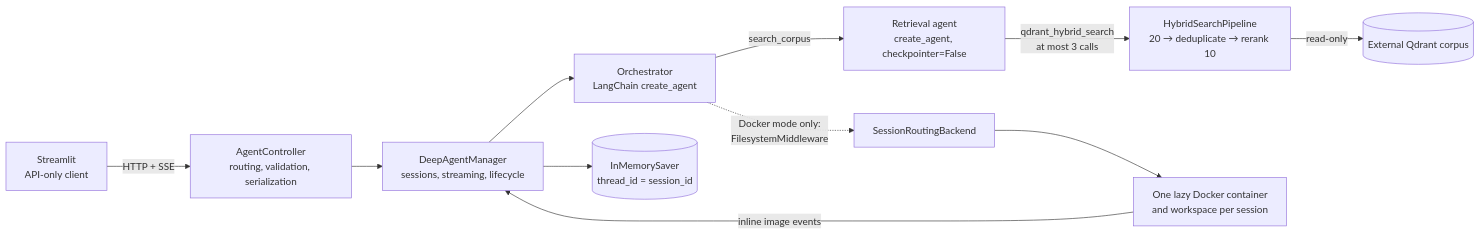
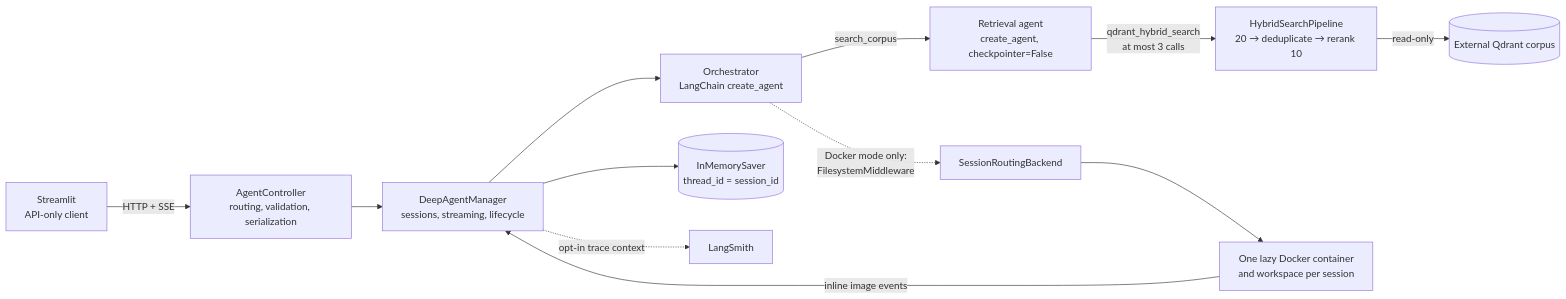
One commit to icosahedron10/langchain-rag changed the diagram in docs/architecture.md. Above: the diagram before and after it, drawn with Mermaid. The commit also changed other lines of this file and 23 other files, not shown here.

Commit message:
Added telemetry through LangSmith

````diff
--- a/docs/architecture.md
+++ b/docs/architecture.md
@@ -7,13 +7,14 @@
 ```mermaid
 flowchart LR
     UI["Streamlit<br/>API-only client"] -->|"HTTP + SSE"| HTTP["AgentController<br/>routing, validation, serialization"]
     HTTP --> M["DeepAgentManager<br/>sessions, streaming, lifecycle"]
     M --> O["Orchestrator<br/>LangChain create_agent"]
     O -->|"search_corpus"| R["Retrieval agent<br/>create_agent, checkpointer=False"]
     R -->|"qdrant_hybrid_search<br/>at most 3 calls"| P["HybridSearchPipeline<br/>20 → deduplicate → rerank 10"]
     P -->|"read-only"| Q[("External Qdrant corpus")]
-    M --> CP[("InMemorySaver<br/>thread_id = session_id")]
+   M --> CP[("InMemorySaver<br/>thread_id = session_id")]
+   M -.->|"opt-in trace context"| LS["LangSmith"]
     O -.->|"Docker mode only:<br/>FilesystemMiddleware"| B["SessionRoutingBackend"]
     B --> D["One lazy Docker container<br/>and workspace per session"]
     D -->|"inline image events"| M
 ```
````
